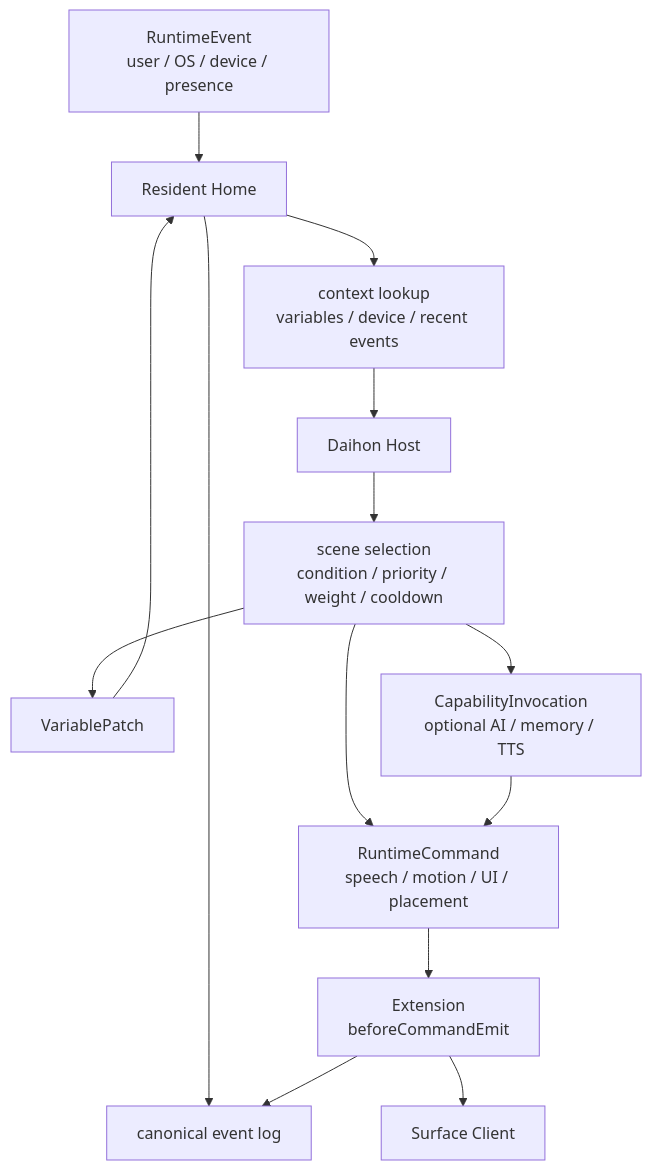
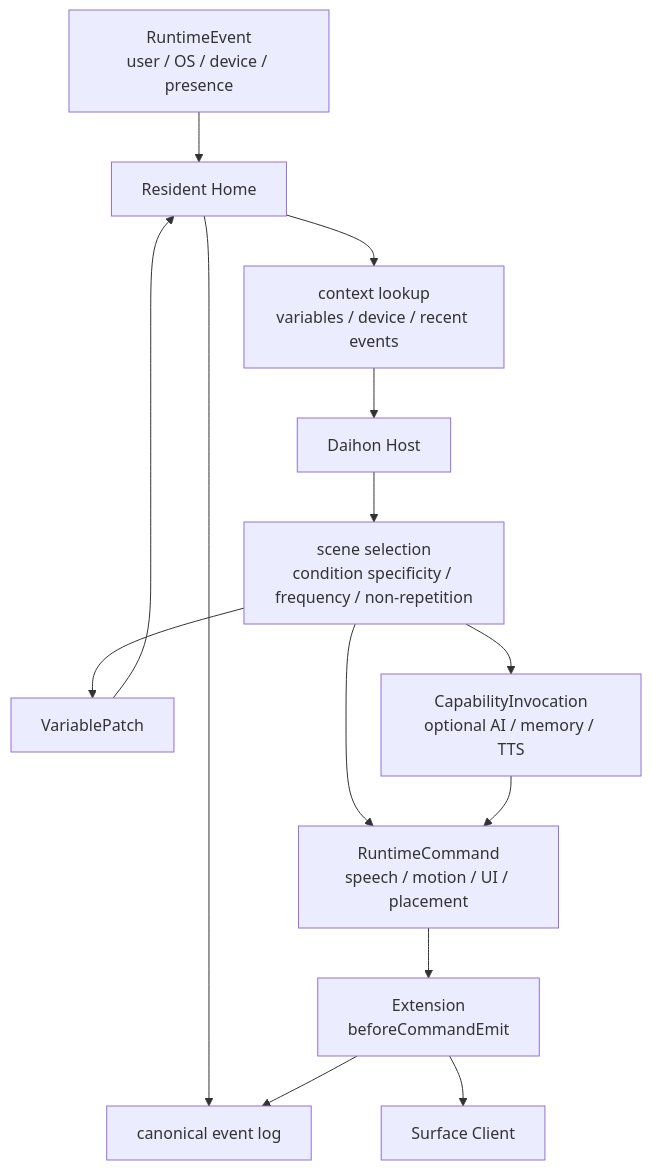
Before and after one commit to minimarimo3/yuukeiV2: the diagram in 05-world-pack-and-daihon.md, drawn with Mermaid. The commit also changed other lines of this file and 9 other files, not shown here.

````diff
--- a/05-world-pack-and-daihon.md
+++ b/05-world-pack-and-daihon.md
@@ -125,16 +125,16 @@
 ```mermaid
 flowchart TB
   Event["RuntimeEvent\nuser / OS / device / presence"] --> Home["Resident Home"]
   Home --> Log["canonical event log"]
   Home --> Context["context lookup\nvariables / device / recent events"]
   Context --> Daihon["Daihon Host"]
-  Daihon --> Candidate["scene selection\ncondition / priority / weight / cooldown"]
+  Daihon --> Candidate["scene selection\ncondition specificity / frequency / non-repetition"]
   Candidate --> Command["RuntimeCommand\nspeech / motion / UI / placement"]
   Candidate --> Patch["VariablePatch"]
   Candidate --> Cap["CapabilityInvocation\noptional AI / memory / TTS"]
   Cap --> Command
   Command --> Hook["Extension\nbeforeCommandEmit"]
   Hook --> Surface["Surface Client"]
   Patch --> Home
   Hook --> Log
 ```
````
